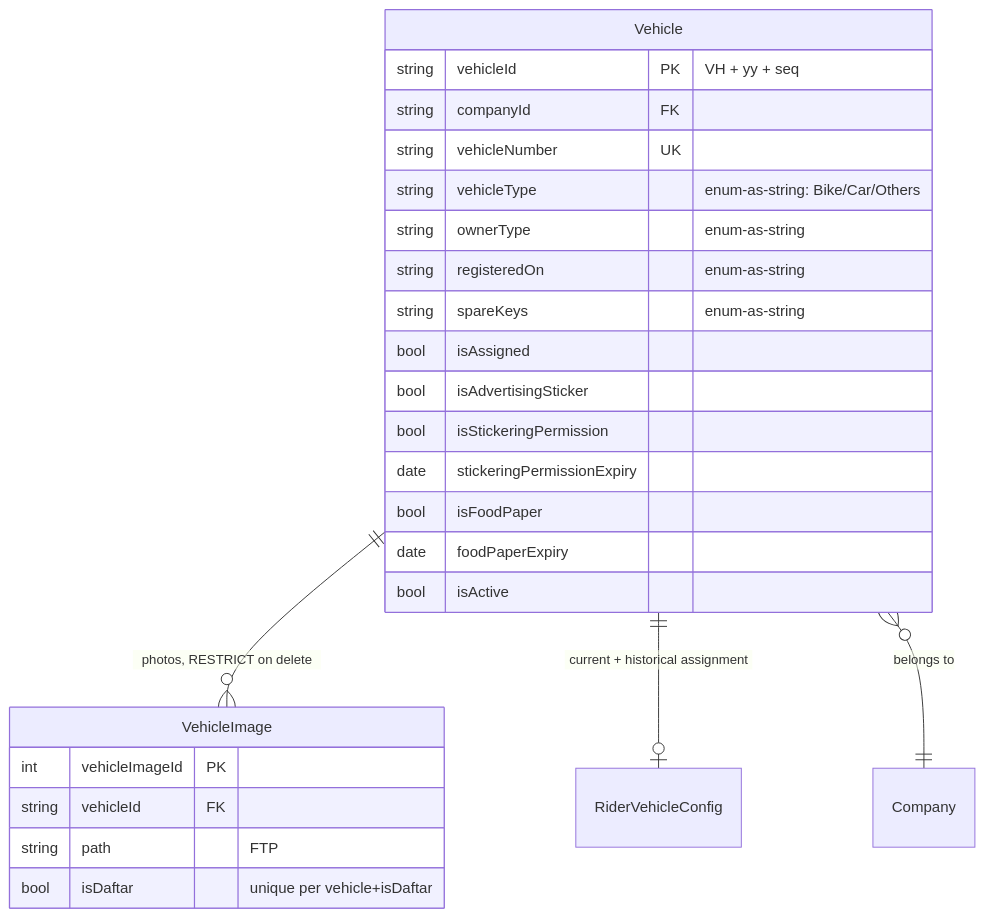
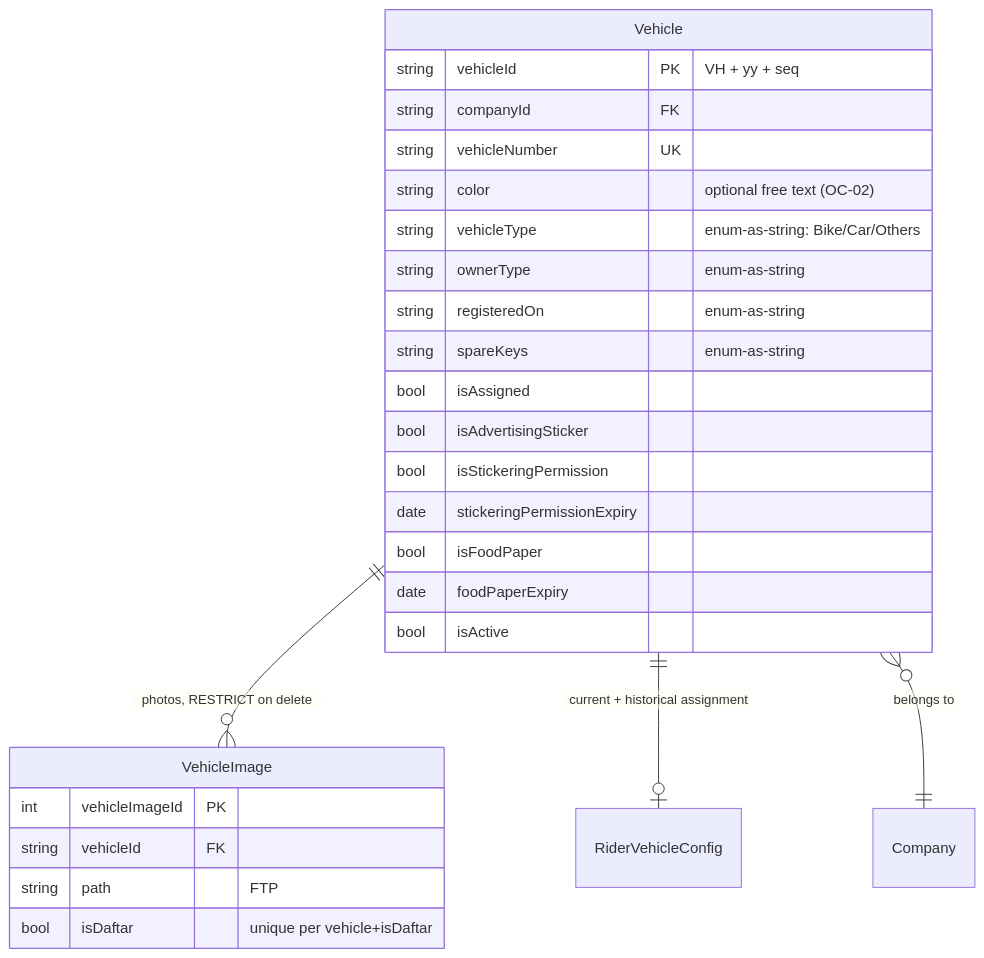
The fourth of 4 diagrams in docs/vehicle-management.md (dev-sankar03/CAG.Admin.Docs), drawn with Mermaid before and after one commit. The commit also changed other lines of this file and 18 other files, not shown here.

````diff
--- a/docs/vehicle-management.md
+++ b/docs/vehicle-management.md
@@ -137,29 +138,30 @@
 ```mermaid
 erDiagram
     Vehicle ||--o{ VehicleImage : "photos, RESTRICT on delete"
     Vehicle ||--o| RiderVehicleConfig : "current + historical assignment"
     Vehicle }o--|| Company : "belongs to"
 
     Vehicle {
         string vehicleId PK "VH + yy + seq"
         string companyId FK
         string vehicleNumber UK
+        string color "optional free text (OC-02)"
         string vehicleType "enum-as-string: Bike/Car/Others"
         string ownerType "enum-as-string"
         string registeredOn "enum-as-string"
         string spareKeys "enum-as-string"
         bool isAssigned
         bool isAdvertisingSticker
         bool isStickeringPermission
         date stickeringPermissionExpiry
         bool isFoodPaper
         date foodPaperExpiry
         bool isActive
     }
     VehicleImage {
         int vehicleImageId PK
         string vehicleId FK
         string path "FTP"
         bool isDaftar "unique per vehicle+isDaftar"
     }
 ```
````
